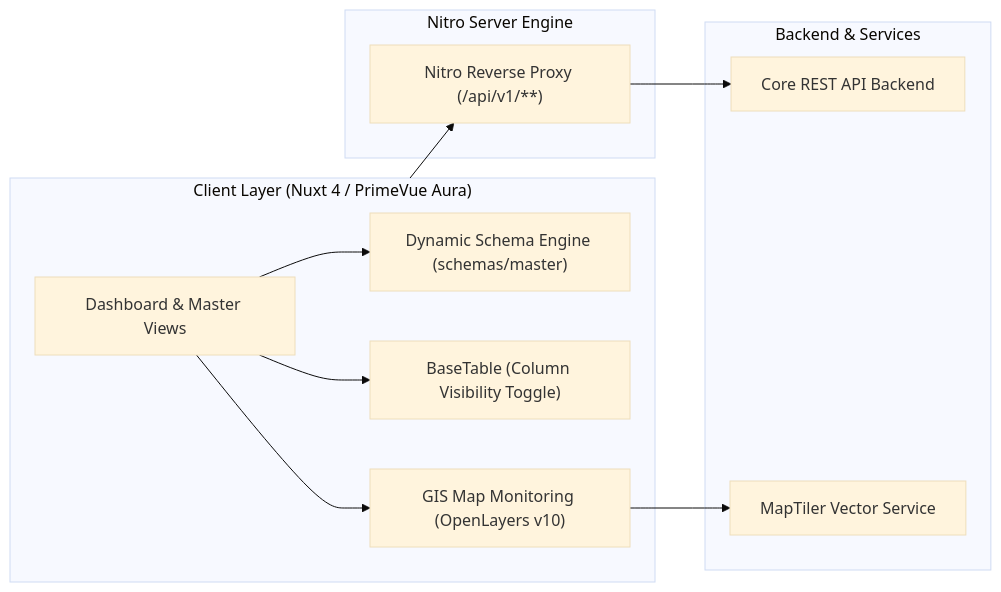
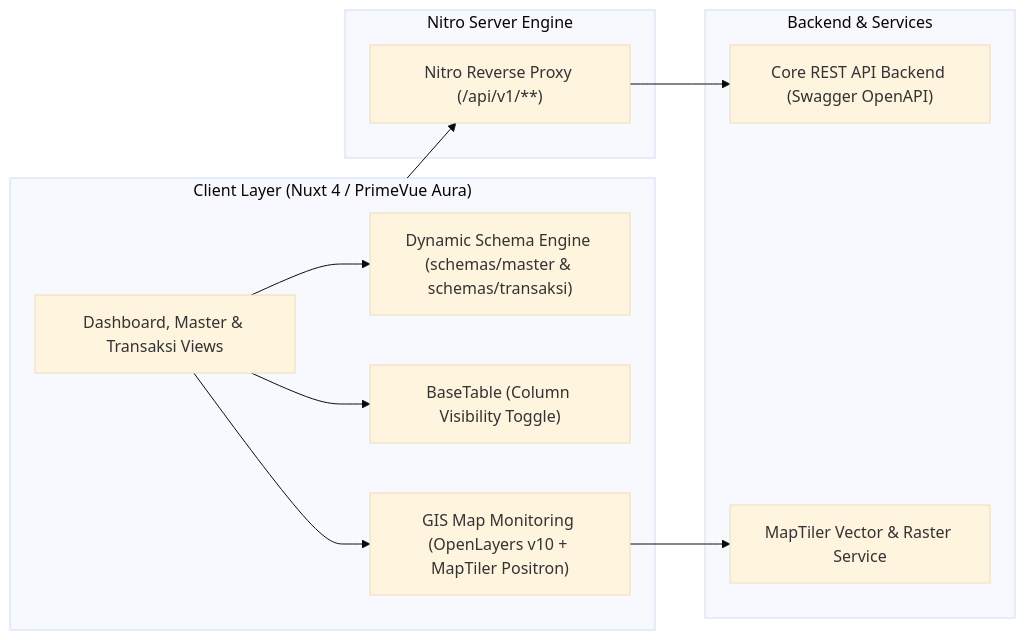
One commit to fernandoparhusip/tambora changed the diagram in README.md. Above: the diagram before and after it, drawn with Mermaid (base theme). The commit also changed other lines of this file and 38 other files, not shown here.

Commit message:
feat: implement core transaction modules including composables, schemas, and UI views for operational management.

````diff
--- a/README.md
+++ b/README.md
@@ -27,21 +27,21 @@
 ```mermaid
 graph LR
     subgraph CLIENT["Client Layer (Nuxt 4 / PrimeVue Aura)"]
-        UI["Dashboard & Master Views"] --> FORM["Dynamic Schema Engine (schemas/master)"]
+        UI["Dashboard, Master & Transaksi Views"] --> FORM["Dynamic Schema Engine (schemas/master & schemas/transaksi)"]
         UI --> TABLE["BaseTable (Column Visibility Toggle)"]
-        UI --> GIS["GIS Map Monitoring (OpenLayers v10)"]
+        UI --> GIS["GIS Map Monitoring (OpenLayers v10 + MapTiler Positron)"]
     end
 
     subgraph PROXY["Nitro Server Engine"]
         ROUTER["Nitro Reverse Proxy (/api/v1/**)"]
     end
 
     subgraph BACKEND["Backend & Services"]
-        API["Core REST API Backend"]
-        GIS_SERVER["MapTiler Vector Service"]
+        API["Core REST API Backend (Swagger OpenAPI)"]
+        GIS_SERVER["MapTiler Vector & Raster Service"]
     end
 
     CLIENT --> ROUTER
     ROUTER --> API
     GIS --> GIS_SERVER
 ```
````
